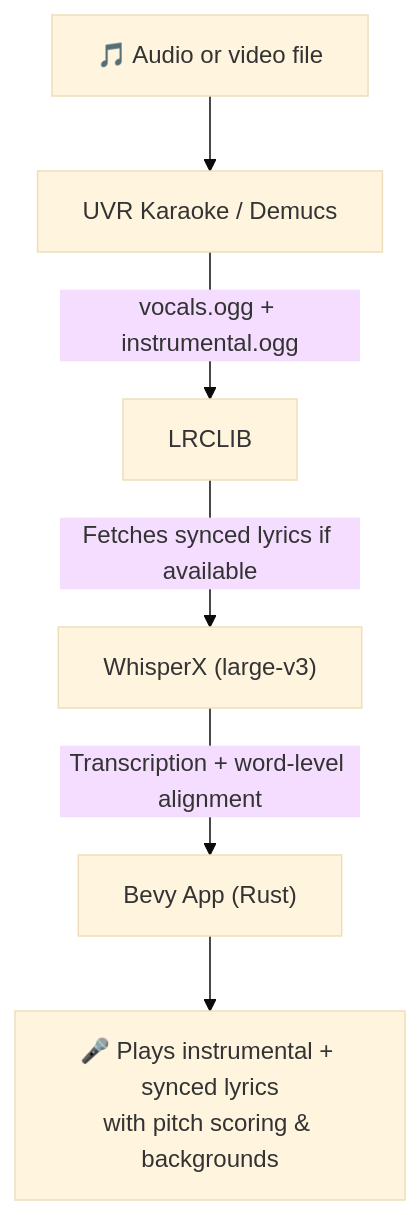
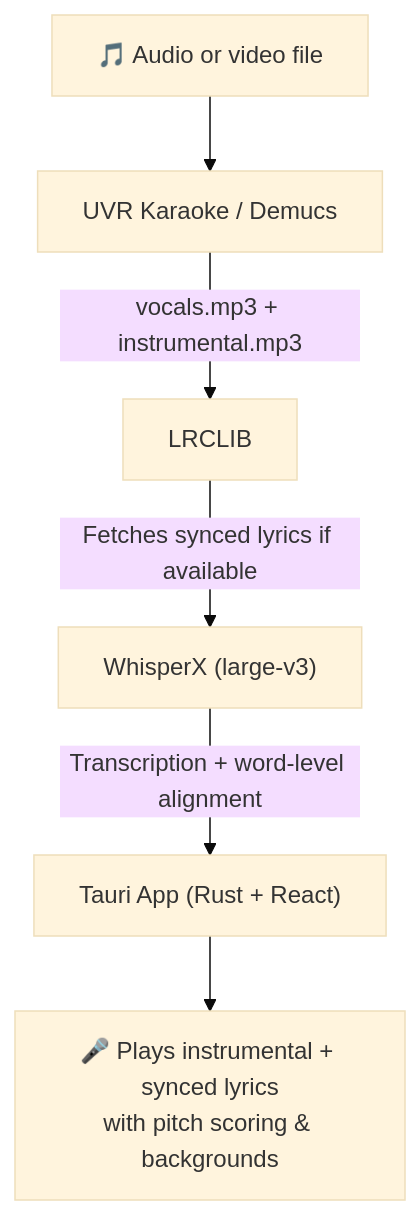
The diagram in site/docs/src/how-it-works.md (goharahmed/nightingale), drawn with Mermaid (base theme) before and after one commit. The commit also changed 17 other files, not shown here.

```diff
--- a/site/docs/src/how-it-works.md
+++ b/site/docs/src/how-it-works.md
@@ -7,8 +7,8 @@
 <pre class="mermaid">
 flowchart TD
     A["🎵 Audio or video file"] --> B["UVR Karaoke / Demucs"]
-    B --> |"vocals.ogg + instrumental.ogg"| C["LRCLIB"]
+    B --> |"vocals.mp3 + instrumental.mp3"| C["LRCLIB"]
     C --> |"Fetches synced lyrics if available"| D["WhisperX (large-v3)"]
-    D --> |"Transcription + word-level alignment"| E["Bevy App (Rust)"]
+    D --> |"Transcription + word-level alignment"| E["Tauri App (Rust + React)"]
     E --> F["🎤 Plays instrumental + synced lyrics\nwith pitch scoring & backgrounds"]
 </pre>
```
